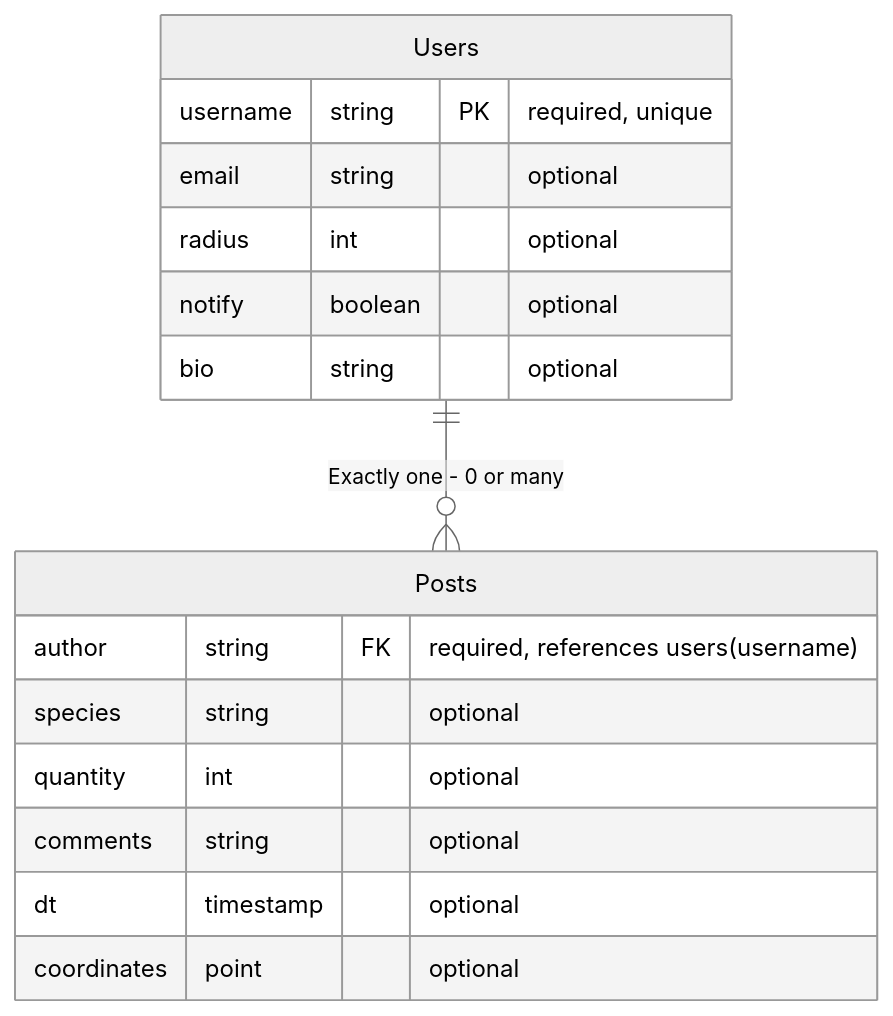
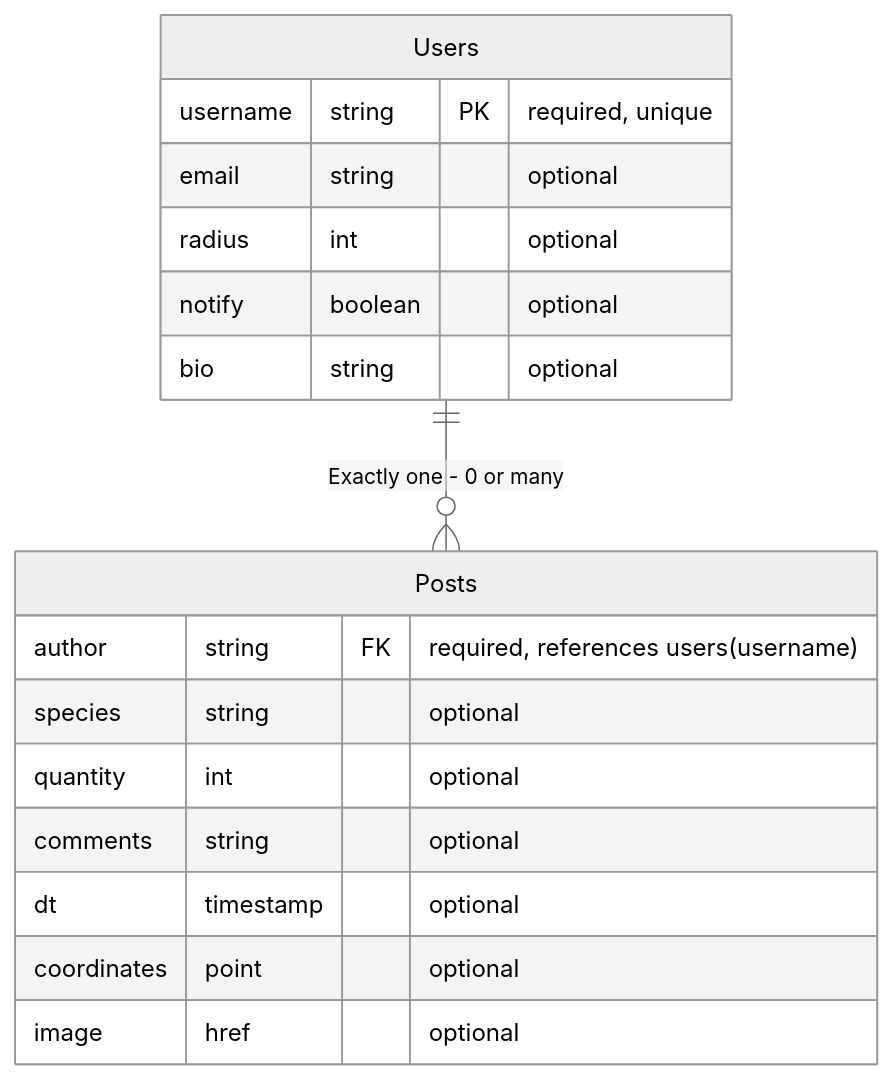
The fifth of 5 diagrams in Backend/Architecture/Diagrams.md (amandeepksingh/WildWhere), drawn with Mermaid (neutral theme) before and after one commit. The commit also changed other lines of this file, not shown here.

Commit message:
Adding image to diagrams although not yet supported locally

````diff
--- a/Backend/Architecture/Diagrams.md
+++ b/Backend/Architecture/Diagrams.md
@@ -94,21 +96,22 @@
 ```mermaid
 erDiagram
     Users {
         username string PK "required, unique"
         email string "optional"  
         radius int "optional"  
         notify boolean "optional"
         bio string "optional"
     }
 
     Posts {
         author string FK "required, references users(username)" 
         species string "optional"
         quantity int "optional"
         comments string "optional"
         dt timestamp "optional"
         coordinates point "optional"        
+        image href "optional"
     }
 
     Users ||--o{ Posts : "Exactly one - 0 or many"
 ```
````
